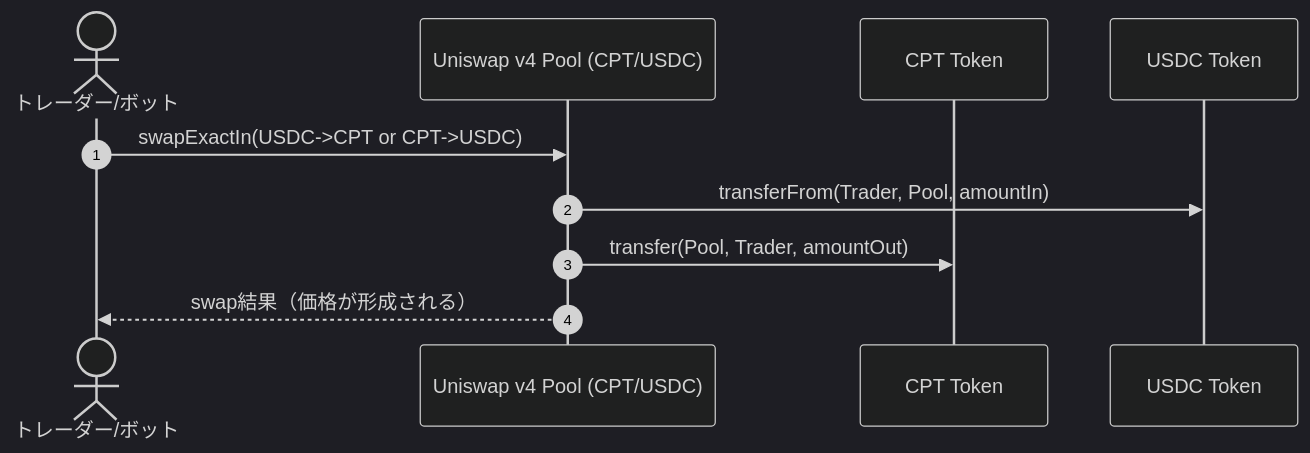
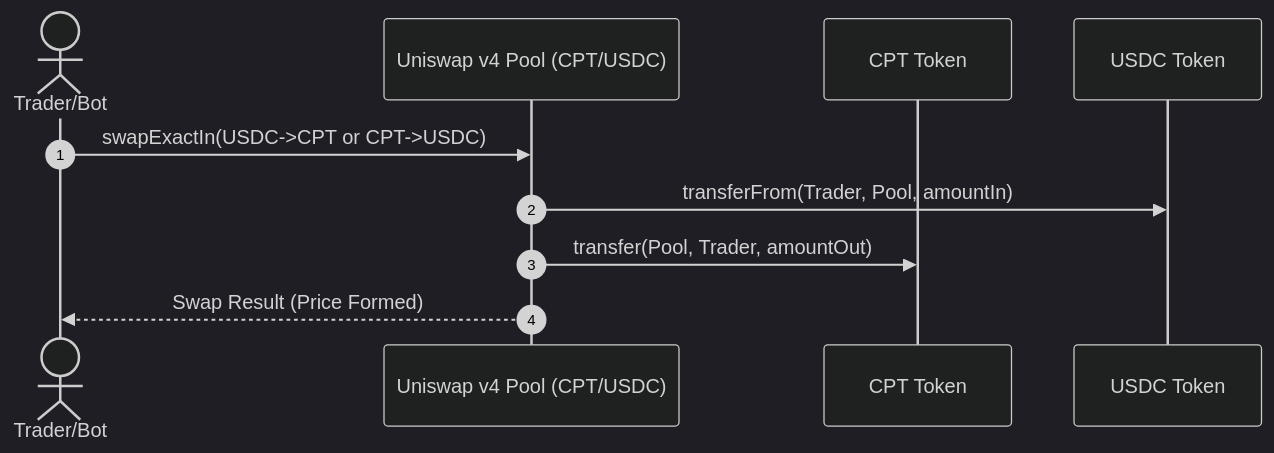
One commit to mashharuki/hack-money-2026 changed the fifth of 11 diagrams in README.md. Above: the diagram before and after it, drawn with Mermaid (dark theme). The commit also changed other lines of this file and 4 other files, not shown here.

````diff
--- a/README.md
+++ b/README.md
@@ -432,13 +435,13 @@
 ```mermaid
 sequenceDiagram
   autonumber
-  actor Trader as トレーダー/ボット
+  actor Trader as Trader/Bot
   participant Pool as Uniswap v4 Pool (CPT/USDC)
   participant CPT as CPT Token
   participant USDC as USDC Token
 
   Trader->>Pool: swapExactIn(USDC->CPT or CPT->USDC)
   Pool->>USDC: transferFrom(Trader, Pool, amountIn)
   Pool->>CPT: transfer(Pool, Trader, amountOut)
-  Pool-->>Trader: swap結果（価格が形成される）
+  Pool-->>Trader: Swap Result (Price Formed)
 ```
````
